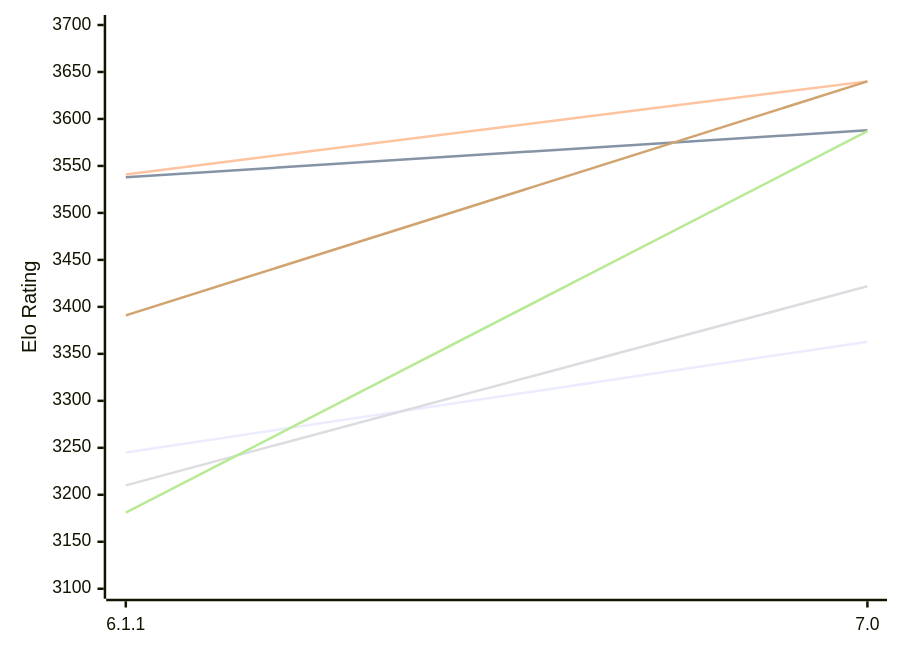
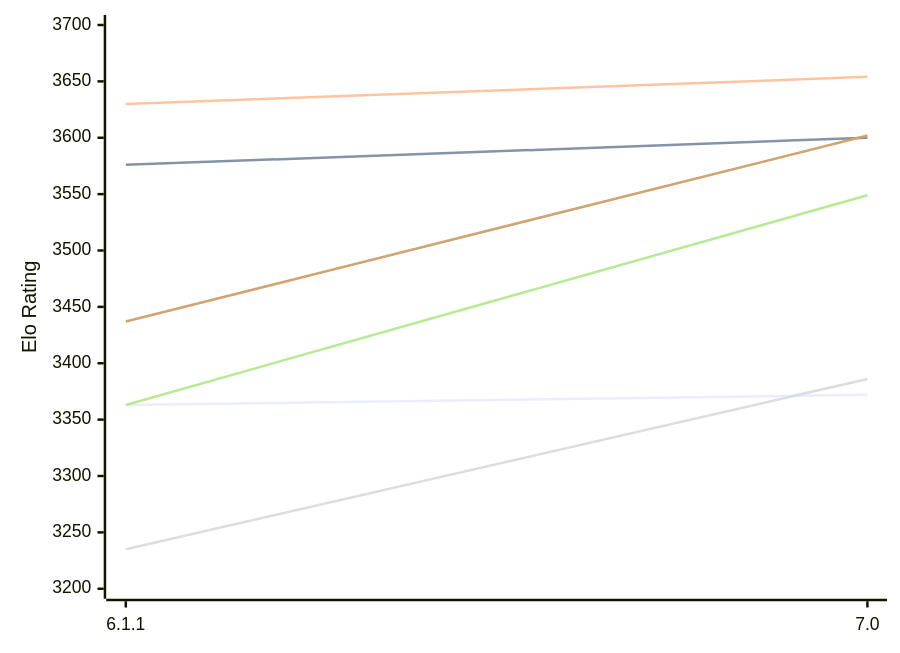
One commit to computer-chess-index/cci changed the first of 2 diagrams in engines/Astra.md. Above: the diagram before and after it, drawn with Mermaid. The commit also changed other lines of this file, not shown here.

Commit message:
Update CCI Ratings (ELO VLTC) - 2026-11-14

````diff
--- a/engines/Astra.md
+++ b/engines/Astra.md
@@ -50,12 +50,12 @@
 ```mermaid
 %%{init: {"theme":"base","themeVariables":{"seriesColors:['#a3a3a3','#222221','#faa371']}}}%%
 xychart-beta
   x-axis ["6.1.1", "7.0"]
-  y-axis "Elo Rating" 3100 --> 3700
-  line "E1: STC (8.0+0.08s)" [3245, 3363]
-  line "E1: LTC (60.0+0.60s)" [3538, 3588]
-  line "E1: VLTC (2m24s+1.12s)" [3541, 3640]
-  line "P1: STC (8.0+0.08s)" [3210, 3422]
-  line "P1: LTC (60.0+0.60s)" [3181, 3587]
-  line "P1: VLTC (2m24s+1.12s)" [3391, 3640]
+  y-axis "Elo Rating" 3200 --> 3700
+  line "E1: STC (8.0+0.08s)" [3363, 3372]
+  line "E1: LTC (60.0+0.60s)" [3576, 3600]
+  line "E1: VLTC (2m24s+1.12s)" [3630, 3654]
+  line "P1: STC (8.0+0.08s)" [3235, 3386]
+  line "P1: LTC (60.0+0.60s)" [3363, 3549]
+  line "P1: VLTC (2m24s+1.12s)" [3437, 3602]
 ```
````
